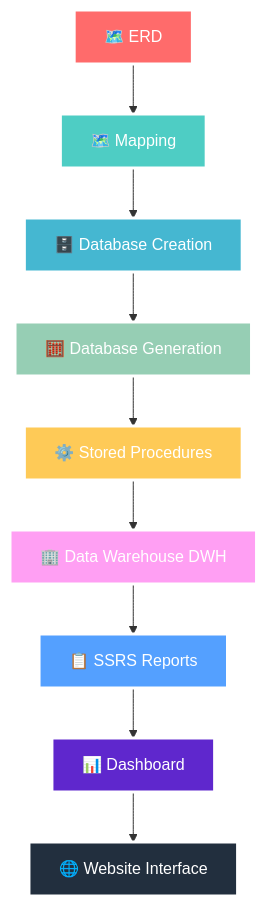
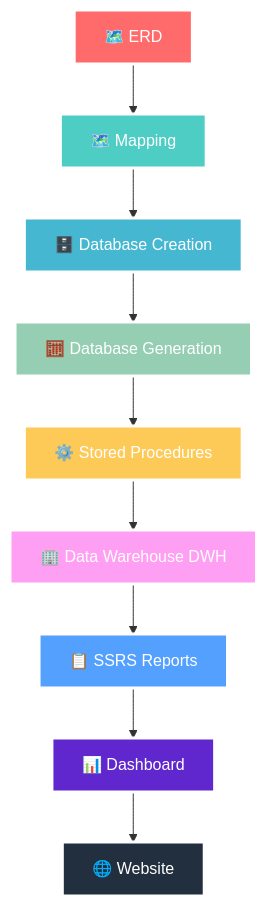
The diagram in README.md (ZiadSharaf/ITI-Examination-System), drawn with Mermaid before and after one commit.

Commit message:
Update website interface label in README

````diff
--- a/README.md
+++ b/README.md
@@ -68,21 +68,21 @@
 ```mermaid
 graph TB
     A[🗺️ ERD] --> B[🗺️ Mapping]
     B --> C[🗄️ Database Creation]
     C --> D[🧮 Database Generation]
     D --> E[⚙️ Stored Procedures]
     E --> F[🏢 Data Warehouse DWH]
     F --> G[📋 SSRS Reports]
     G --> H[📊 Dashboard]
-    H --> I[🌐 Website Interface]
+    H --> I[🌐 Website]
     
     style A fill:#ff6b6b,stroke:#fff,stroke-width:3px,color:#fff
     style B fill:#4ecdc4,stroke:#fff,stroke-width:3px,color:#fff 
     style C fill:#45b7d1,stroke:#fff,stroke-width:3px,color:#fff 
     style D fill:#96ceb4,stroke:#fff,stroke-width:3px,color:#fff 
     style E fill:#feca57,stroke:#fff,stroke-width:3px,color:#fff 
     style F fill:#ff9ff3,stroke:#fff,stroke-width:3px,color:#fff 
     style G fill:#54a0ff,stroke:#fff,stroke-width:3px,color:#fff 
     style H fill:#5f27cd,stroke:#fff,stroke-width:3px,color:#fff
     style I fill:#222f3e,stroke:#fff,stroke-width:3px,color:#fff
 ```
````
